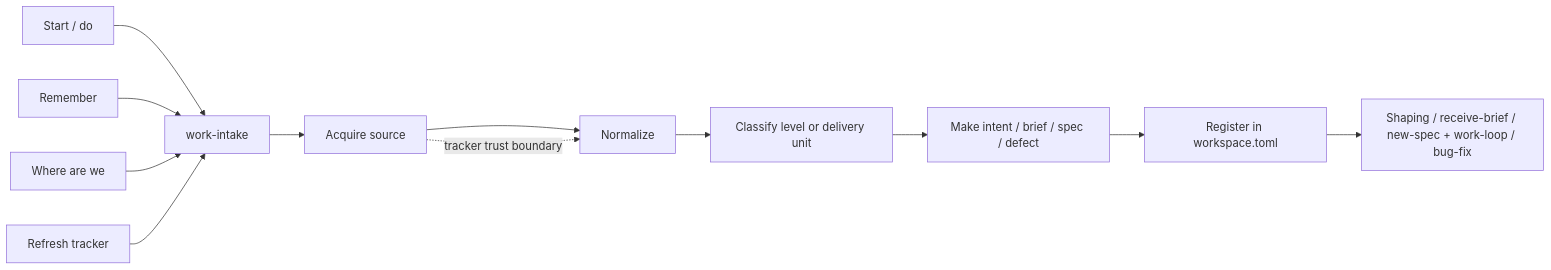
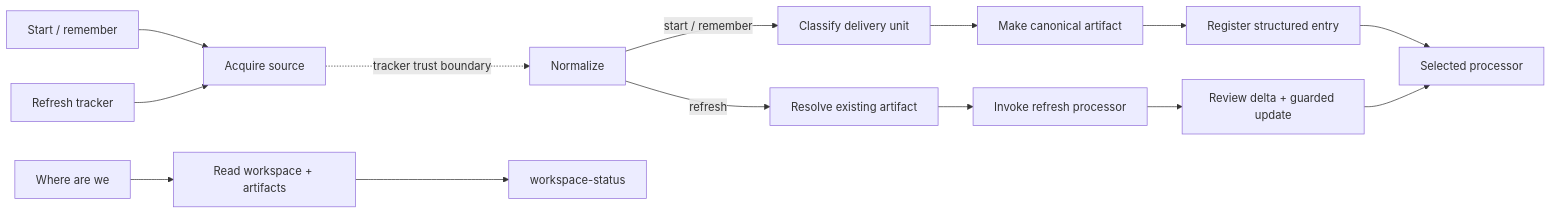
Before and after one commit to eugenelim/agent-ready-repo: the second of 4 diagrams in docs/architecture/work-intake-and-artifact-routing.md, drawn with Mermaid. The commit also changed other lines of this file and 5 other files, not shown here.

Commit message:
rfc-83 work-intake

````diff
--- a/docs/architecture/work-intake-and-artifact-routing.md
+++ b/docs/architecture/work-intake-and-artifact-routing.md
@@ -128,14 +137,18 @@
 ```mermaid
 flowchart LR
-  A[Start / do] --> Q[work-intake]
-  C[Remember] --> Q
-  S[Where are we] --> Q
-  R[Refresh tracker] --> Q
-  Q --> X[Acquire source]
-  X --> N[Normalize]
-  N --> K[Classify level or delivery unit]
-  K --> M[Make intent / brief / spec / defect]
-  M --> W[Register in workspace.toml]
-  W --> P[Shaping / receive-brief / new-spec + work-loop / bug-fix]
-  X -. tracker trust boundary .-> N
+  accTitle: Adopter-facing work intake
+  accDescr: Start and remember may create artifacts, refresh reviews a delta against an existing artifact, and status reads the workspace without creating work.
+  A[Start / remember] --> X[Acquire source]
+  F[Refresh tracker] --> X
+  S[Where are we] --> R[Read workspace + artifacts]
+  X -. tracker trust boundary .-> N[Normalize]
+  N -->|start / remember| K[Classify delivery unit]
+  K --> M[Make canonical artifact]
+  M --> W[Register structured entry]
+  N -->|refresh| D[Resolve existing artifact]
+  D --> J[Invoke refresh processor]
+  J --> U[Review delta + guarded update]
+  W --> P[Selected processor]
+  U --> P
+  R --> T[workspace-status]
 ```
````
